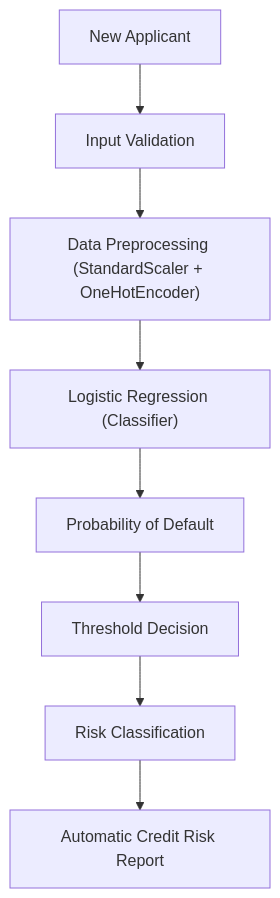
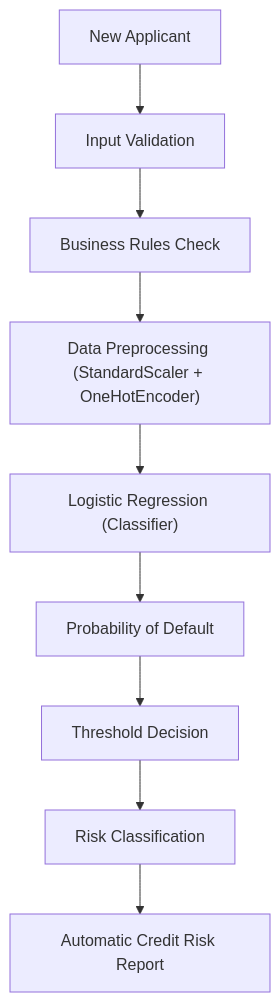
One commit to Leonardo-Cortez/credit_risk_project_loan_default changed the second of 3 diagrams in README.md. Above: the diagram before and after it, drawn with Mermaid.

````diff
--- a/README.md
+++ b/README.md
@@ -122,17 +122,19 @@
 ```mermaid
 flowchart TD
 
 A[New Applicant] --> B[Input Validation]
 
-B --> C["Data Preprocessing (StandardScaler + OneHotEncoder)"]
+B --> C[Business Rules Check]
 
-C --> D["Logistic Regression (Classifier)"]
+C --> D["Data Preprocessing (StandardScaler + OneHotEncoder)"]
 
-D --> E[Probability of Default]
+D --> E["Logistic Regression (Classifier)"]
 
-E --> F[Threshold Decision]
+E --> F[Probability of Default]
 
-F --> G[Risk Classification]
+F --> G[Threshold Decision]
 
-G --> H[Automatic Credit Risk Report]
+G --> H[Risk Classification]
+
+H --> I[Automatic Credit Risk Report]
 ```
````
